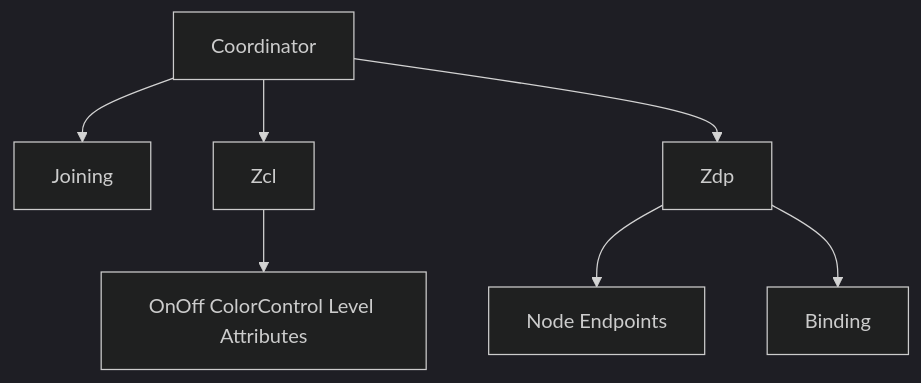
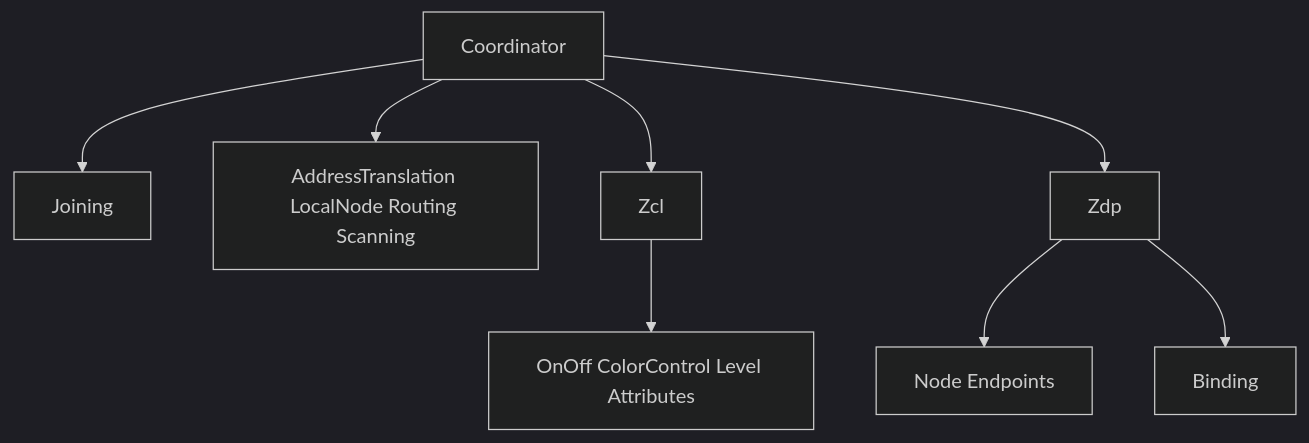
Before and after one commit to PaulmannLighting/apis-saltans: the second of 7 diagrams in coordinator/ARCHITECTURE.md, drawn with Mermaid (dark theme). The commit also changed other lines of this file and 10 other files, not shown here.

````diff
--- a/coordinator/ARCHITECTURE.md
+++ b/coordinator/ARCHITECTURE.md
@@ -148,17 +149,19 @@
 ```mermaid
 flowchart TD
     COORD[Coordinator]
     JOIN[Joining]
+    HWHELPERS[AddressTranslation LocalNode Routing Scanning]
     ZCL[Zcl]
     ZDP[Zdp]
     CLUSTERS[OnOff ColorControl Level Attributes]
     DISCOVERY[Node Endpoints]
     BIND[Binding]
 
     COORD --> JOIN
+    COORD --> HWHELPERS
     COORD --> ZCL
     COORD --> ZDP
     ZCL --> CLUSTERS
     ZDP --> DISCOVERY
     ZDP --> BIND
 ```
````
